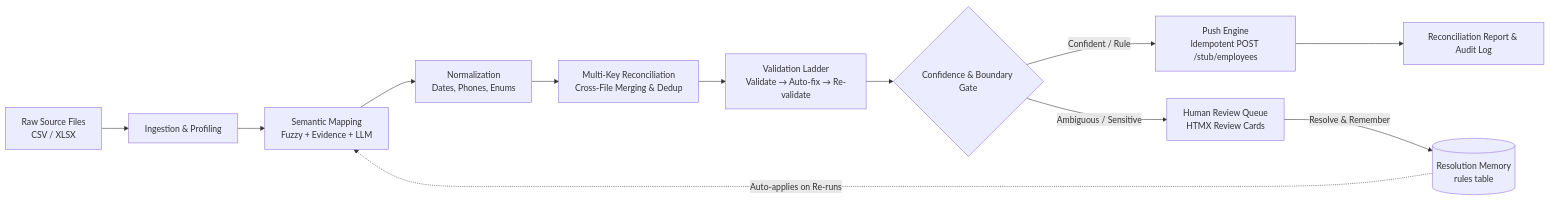
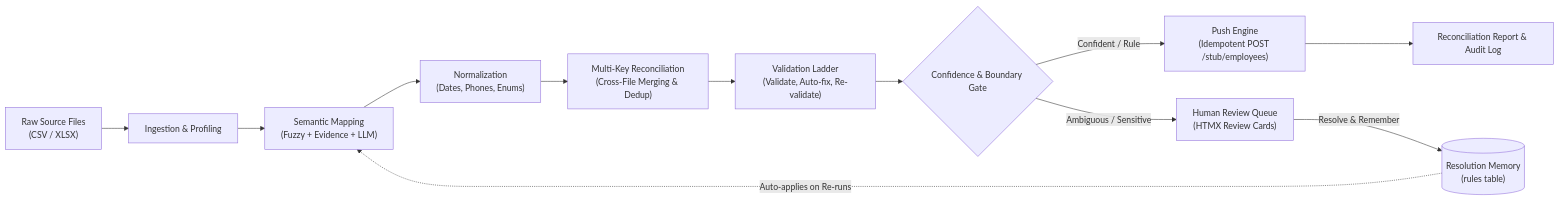
The diagram in README.md (Anshik55/FDE), drawn with Mermaid before and after one commit. The commit also changed 3 other files, not shown here.

Commit message:
Enhance pipeline UI with dark mode styling and improve resume handling with queue validation and notification banners

````diff
--- a/README.md
+++ b/README.md
@@ -27,14 +27,14 @@
 ```mermaid
 flowchart LR
-    A[Raw Source Files<br>CSV / XLSX] --> B[Ingestion & Profiling]
-    B --> C[Semantic Mapping<br>Fuzzy + Evidence + LLM]
-    C --> D[Normalization<br>Dates, Phones, Enums]
-    D --> E[Multi-Key Reconciliation<br>Cross-File Merging & Dedup]
-    E --> F[Validation Ladder<br>Validate → Auto-fix → Re-validate]
-    F --> G{Confidence & Boundary Gate}
-    G -- Confident / Rule --> H[Push Engine<br>Idempotent POST /stub/employees]
-    G -- Ambiguous / Sensitive --> Q[Human Review Queue<br>HTMX Review Cards]
-    Q -- "Resolve & Remember" --> R[(Resolution Memory<br>rules table)]
+    A["Raw Source Files<br>(CSV / XLSX)"] --> B["Ingestion & Profiling"]
+    B --> C["Semantic Mapping<br>(Fuzzy + Evidence + LLM)"]
+    C --> D["Normalization<br>(Dates, Phones, Enums)"]
+    D --> E["Multi-Key Reconciliation<br>(Cross-File Merging & Dedup)"]
+    E --> F["Validation Ladder<br>(Validate, Auto-fix, Re-validate)"]
+    F --> G{"Confidence & Boundary Gate"}
+    G -- "Confident / Rule" --> H["Push Engine<br>(Idempotent POST /stub/employees)"]
+    G -- "Ambiguous / Sensitive" --> Q["Human Review Queue<br>(HTMX Review Cards)"]
+    Q -- "Resolve & Remember" --> R[("Resolution Memory<br>(rules table)")]
     R -. "Auto-applies on Re-runs" .-> C
-    H --> S[Reconciliation Report & Audit Log]
+    H --> S["Reconciliation Report & Audit Log"]
 ```
````
